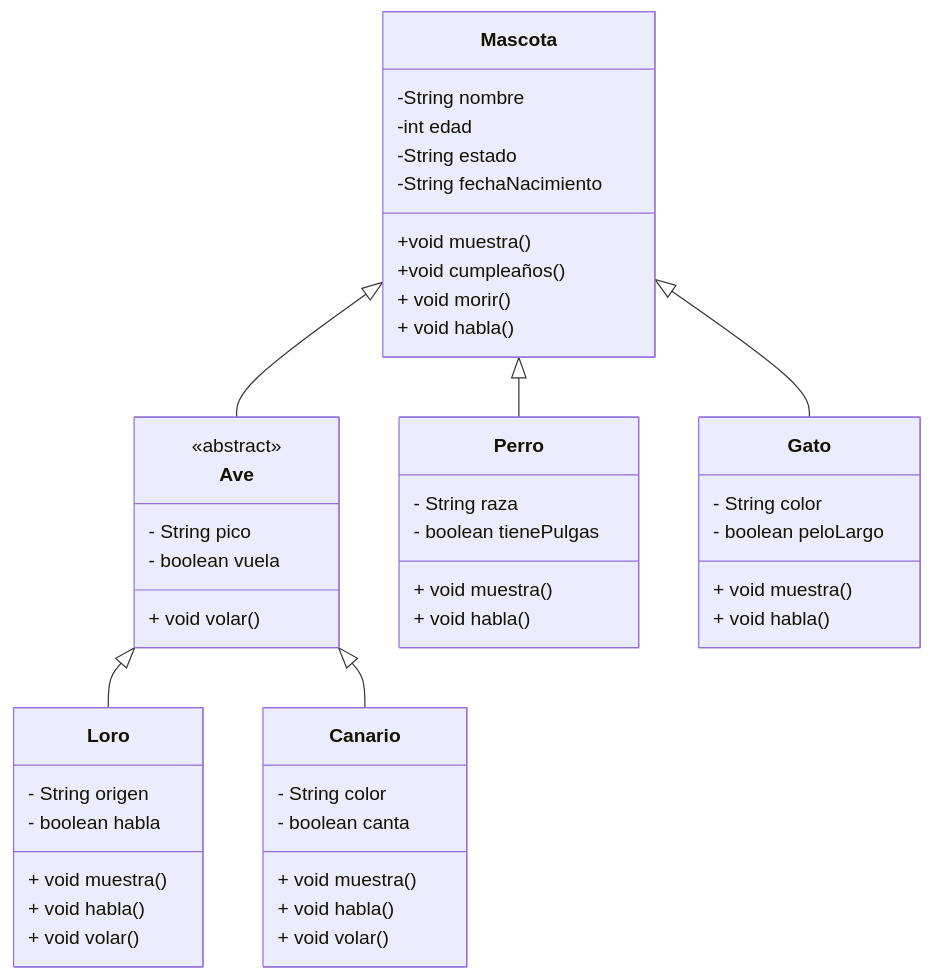
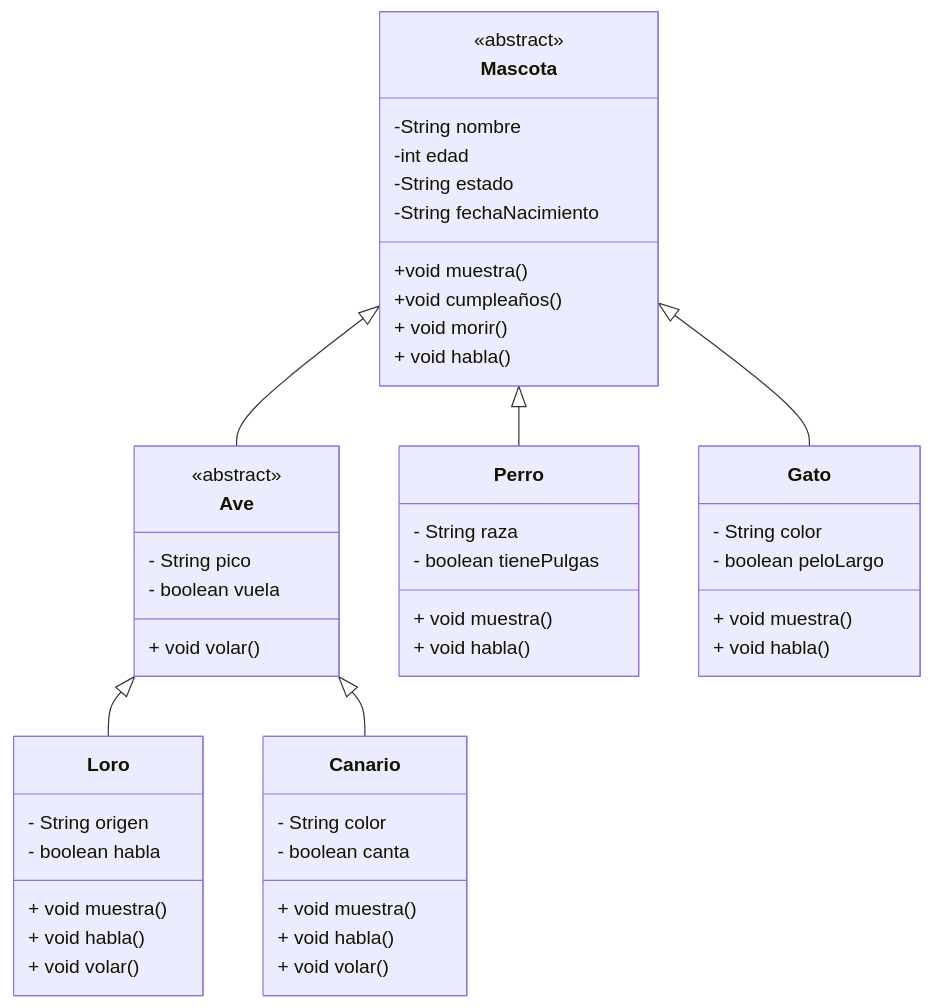
Before and after one commit to arturoblasco/PROG23: the second of 3 diagrams in UD08/UD08_ejercicios_ES.md, drawn with Mermaid. The commit also changed other lines of this file, not shown here.

````diff
--- a/UD08/UD08_ejercicios_ES.md
+++ b/UD08/UD08_ejercicios_ES.md
@@ -417,51 +417,53 @@
  ```mermaid
   classDiagram
     Mascota <|-- Ave
     Mascota <|-- Perro
     Mascota <|-- Gato
     Ave <|-- Loro
     Ave <|-- Canario
  
     Mascota: -String nombre
     Mascota: -int edad
     Mascota: -String estado
     Mascota: -String fechaNacimiento
     Mascota: +void muestra()
     Mascota: +void cumpleaños()
     Mascota: + void morir()
     Mascota: + void habla()
-    
+    <<abstract>> Mascota
+ 
+ 
     class Ave{
       - String pico
       - boolean vuela
       + void volar()
     }
     <<abstract>> Ave
     
     class Perro{
      - String raza
      - boolean tienePulgas
      + void muestra()
      + void habla()
     }
     class Gato{
      - String color
      - boolean peloLargo
      + void muestra()
      + void habla()
     }
     class Loro{
      - String origen
      - boolean habla
      + void muestra()
      + void habla()
      + void volar()
     }   
     class Canario{
      - String color
      - boolean canta
      + void muestra()
      + void habla()
      + void volar()
     }     
  ```
````
